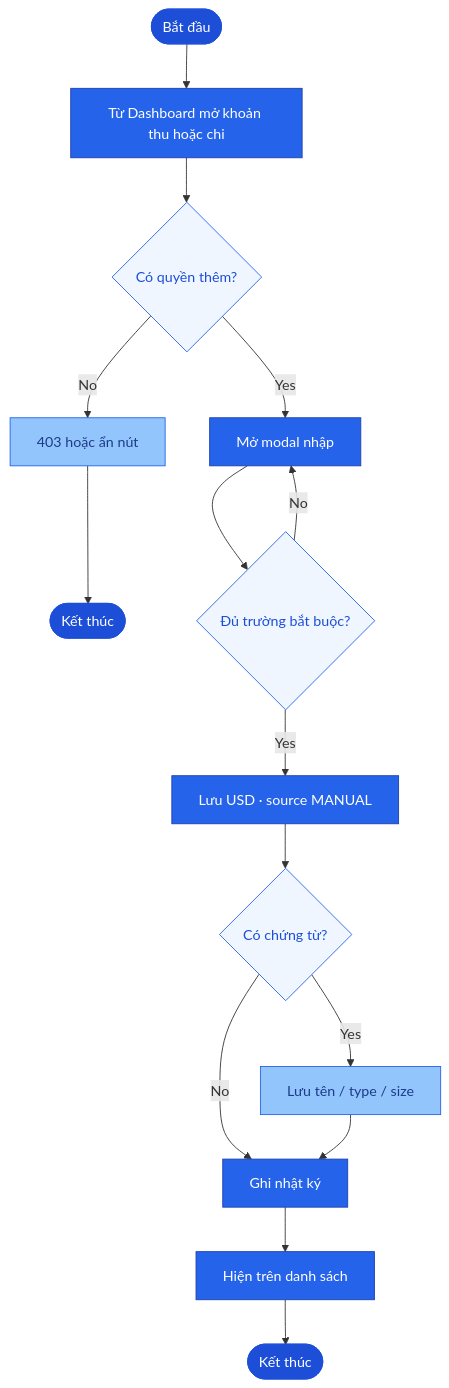
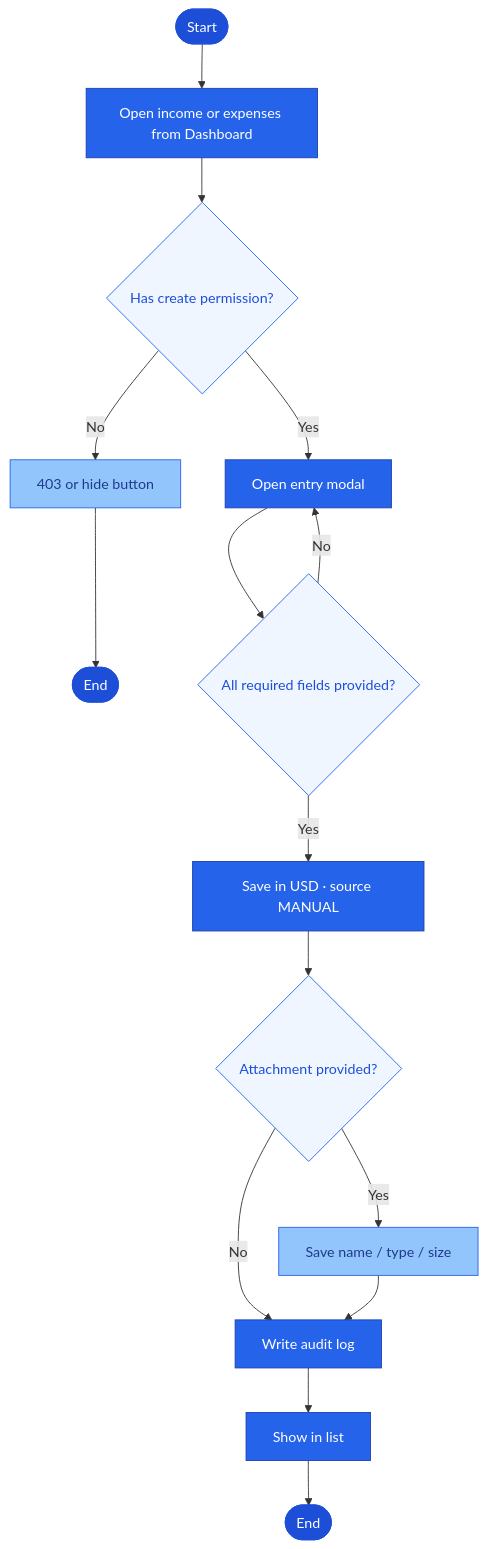
Before and after one commit to PhamHiep948/finance-manager: the second of 6 diagrams in README.md, drawn with Mermaid. The commit also changed other lines of this file and 30 other files, not shown here.

Commit message:
Add ESSENTIAL arc42 architecture docs with context, container, and component diagrams, and update the C4 views and project documentation.

````diff
--- a/README.md
+++ b/README.md
@@ -82,26 +82,26 @@
 ```mermaid
 flowchart TD
-  S([Bắt đầu]) --> A[Từ Dashboard mở khoản thu hoặc chi]
-  A --> B{Có quyền thêm?}
-  B -->|No| C[403 hoặc ẩn nút]
-  C --> END1([Kết thúc])
-  B -->|Yes| D[Mở modal nhập]
-  D --> E{Đủ trường bắt buộc?}
+  S([Start]) --> A[Open income or expenses from Dashboard]
+  A --> B{Has create permission?}
+  B -->|No| C[403 or hide button]
+  C --> END1([End])
+  B -->|Yes| D[Open entry modal]
+  D --> E{All required fields provided?}
   E -->|No| D
-  E -->|Yes| F[Lưu USD · source MANUAL]
-  F --> G{Có chứng từ?}
-  G -->|Yes| H[Lưu tên / type / size]
-  G -->|No| I[Ghi nhật ký]
+  E -->|Yes| F[Save in USD · source MANUAL]
+  F --> G{Attachment provided?}
+  G -->|Yes| H[Save name / type / size]
+  G -->|No| I[Write audit log]
   H --> I
-  I --> J[Hiện trên danh sách]
-  J --> END2([Kết thúc])
+  I --> J[Show in list]
+  J --> END2([End])
 
   classDef startEnd fill:#1D4ED8,stroke:#1D4ED8,color:#fff
   classDef step fill:#2563EB,stroke:#1E40AF,color:#fff
   classDef stepLite fill:#93C5FD,stroke:#2563EB,color:#1E3A8A
   classDef decision fill:#EFF6FF,stroke:#2563EB,color:#1D4ED8
   class S,END1,END2 startEnd
   class A,D,F,I,J step
   class C,H stepLite
   class B,E,G decision
 ```
````
